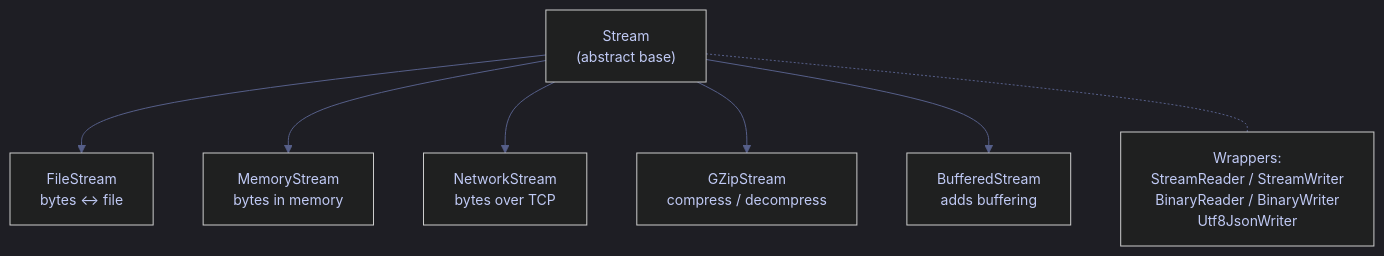
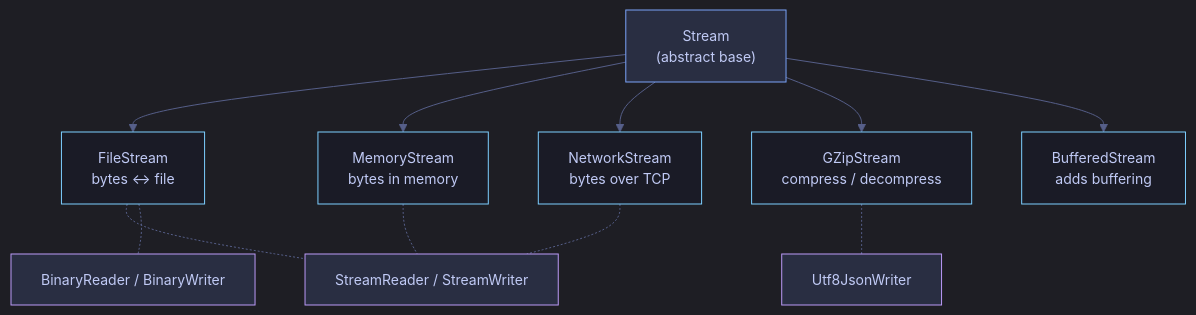
One commit to alp78/elysium changed the diagram in content/02-Programming-Languages/CSharp/09_cs_fileio_serialization.md. Above: the diagram before and after it, drawn with Mermaid. The commit also changed other lines of this file and 92 other files, not shown here.

````diff
--- a/content/02-Programming-Languages/CSharp/09_cs_fileio_serialization.md
+++ b/content/02-Programming-Languages/CSharp/09_cs_fileio_serialization.md
@@ -755,22 +707,38 @@
 ```mermaid
 %%{init: {'theme': 'dark', 'themeVariables': {
   'primaryColor': '#292e42',
   'primaryTextColor': '#c0caf5',
   'primaryBorderColor': '#565f89',
   'lineColor': '#565f89',
   'secondaryColor': '#1a1b26',
   'tertiaryColor': '#24283b',
   'noteTextColor': '#c0caf5',
   'noteBkgColor': '#292e42',
   'textColor': '#c0caf5',
   'fontSize': '14px'
 }}}%%
 flowchart TD
-    S["Stream\n(abstract base)"]
-    S --> FS["FileStream\nbytes ↔ file"]
-    S --> MS["MemoryStream\nbytes in memory"]
-    S --> NS["NetworkStream\nbytes over TCP"]
-    S --> GS["GZipStream\ncompress / decompress"]
-    S --> BS["BufferedStream\nadds buffering"]
-    S -.- W["Wrappers:\nStreamReader / StreamWriter\nBinaryReader / BinaryWriter\nUtf8JsonWriter"]
+    S["Stream<br/>(abstract base)"]
+
+    S --> FS["FileStream<br/>bytes ↔ file"]
+    S --> MS["MemoryStream<br/>bytes in memory"]
+    S --> NS["NetworkStream<br/>bytes over TCP"]
+    S --> GS["GZipStream<br/>compress / decompress"]
+    S --> BS["BufferedStream<br/>adds buffering"]
+
+    FS -.- W1["StreamReader / StreamWriter"]
+    FS -.- W2["BinaryReader / BinaryWriter"]
+    MS -.- W1
+    NS -.- W1
+    GS -.- W3["Utf8JsonWriter"]
+
+    style S fill:#292e42,stroke:#7aa2f7,color:#c0caf5
+    style FS fill:#1a1b26,stroke:#7dcfff,color:#c0caf5
+    style MS fill:#1a1b26,stroke:#7dcfff,color:#c0caf5
+    style NS fill:#1a1b26,stroke:#7dcfff,color:#c0caf5
+    style GS fill:#1a1b26,stroke:#7dcfff,color:#c0caf5
+    style BS fill:#1a1b26,stroke:#7dcfff,color:#c0caf5
+    style W1 fill:#292e42,stroke:#bb9af7,color:#c0caf5
+    style W2 fill:#292e42,stroke:#bb9af7,color:#c0caf5
+    style W3 fill:#292e42,stroke:#bb9af7,color:#c0caf5
 ```
````
